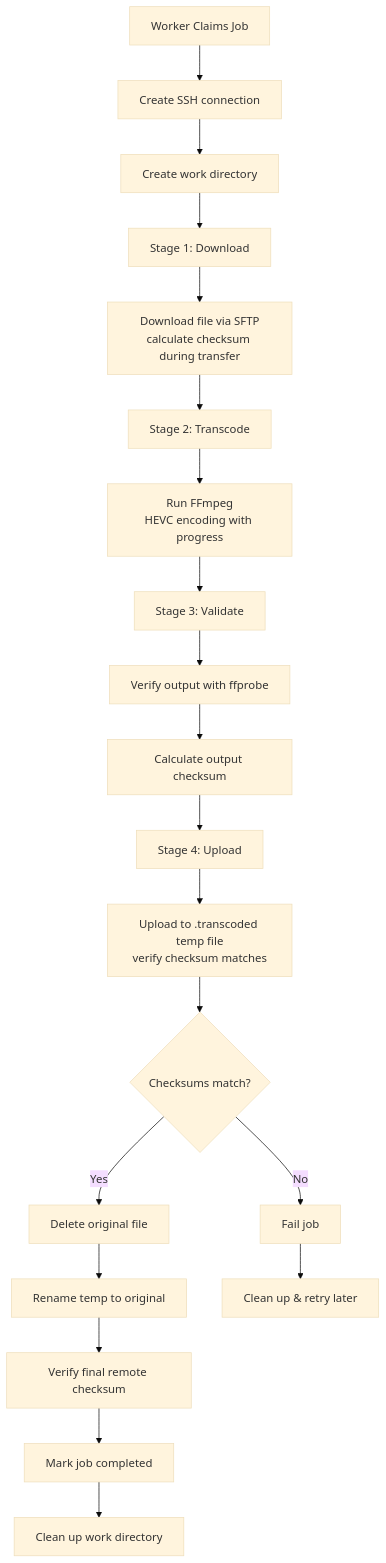
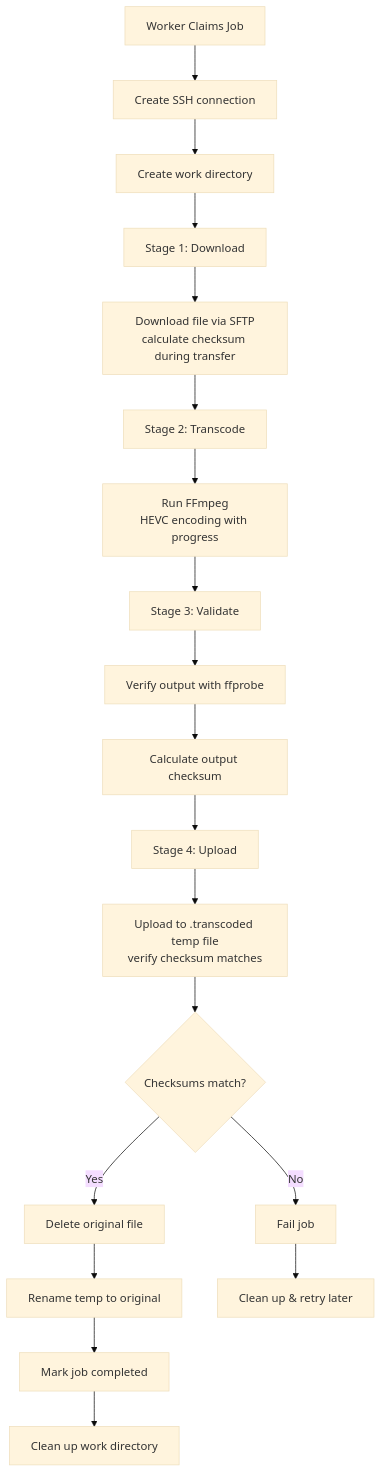
One commit to juanitoe/transcoder changed the second of 2 diagrams in docs/ARCHITECTURE.md. Above: the diagram before and after it, drawn with Mermaid (base theme). The commit also changed other lines of this file, not shown here.

Commit message:
Update architecture docs with recent changes

````diff
--- a/docs/ARCHITECTURE.md
+++ b/docs/ARCHITECTURE.md
@@ -90,30 +90,29 @@
 ```mermaid
 flowchart TD
     A[Worker Claims Job] --> B[Create SSH connection]
     B --> C[Create work directory]
 
     C --> D[Stage 1: Download]
     D --> E[Download file via SFTP<br/>calculate checksum during transfer]
 
     E --> F[Stage 2: Transcode]
     F --> G[Run FFmpeg<br/>HEVC encoding with progress]
 
     G --> H[Stage 3: Validate]
     H --> I[Verify output with ffprobe]
     I --> J[Calculate output checksum]
 
     J --> K[Stage 4: Upload]
     K --> L[Upload to .transcoded temp file<br/>verify checksum matches]
 
     L --> M{Checksums match?}
     M -->|No| N[Fail job]
 
     M -->|Yes| O[Delete original file]
     O --> P[Rename temp to original]
-    P --> Q[Verify final remote checksum]
 
-    Q --> R[Mark job completed]
-    R --> S[Clean up work directory]
+    P --> Q[Mark job completed]
+    Q --> R[Clean up work directory]
 
-    N --> T[Clean up & retry later]
+    N --> S[Clean up & retry later]
 ```
````
